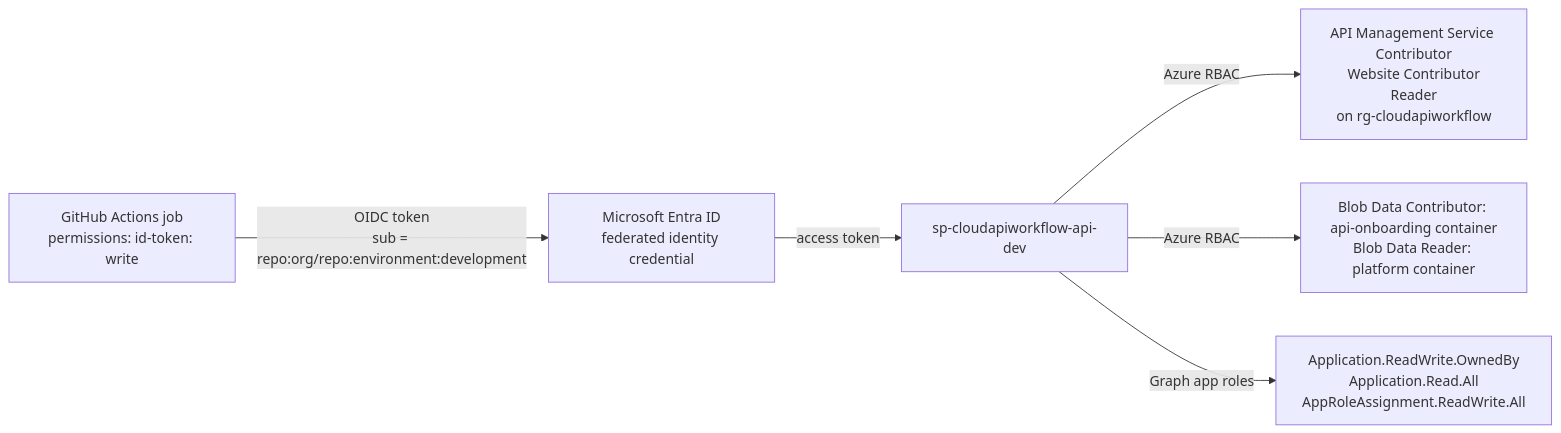
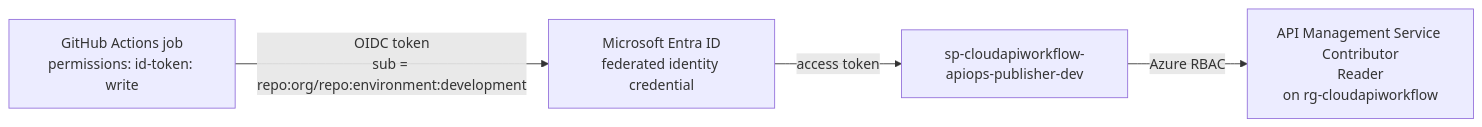
The diagram in docs/security.md (sampleworthy/cloudapiworkflow), drawn with Mermaid before and after one commit. The commit also changed other lines of this file and 127 other files, not shown here.

First line of the commit message:
Adopt Microsoft APIOps for the API lifecycle; Terraform owns the platform only

````diff
--- a/docs/security.md
+++ b/docs/security.md
@@ -5,8 +5,6 @@
 ```mermaid
 flowchart LR
     GH["GitHub Actions job<br/>permissions: id-token: write"] -->|OIDC token<br/>sub = repo:org/repo:environment:development| E["Microsoft Entra ID<br/>federated identity credential"]
-    E -->|access token| SP["sp-cloudapiworkflow-api-dev"]
-    SP -->|Azure RBAC| AZ["API Management Service Contributor<br/>Website Contributor<br/>Reader<br/>on rg-cloudapiworkflow"]
-    SP -->|Azure RBAC| ST["Blob Data Contributor: api-onboarding container<br/>Blob Data Reader: platform container"]
-    SP -->|Graph app roles| GR["Application.ReadWrite.OwnedBy<br/>Application.Read.All<br/>AppRoleAssignment.ReadWrite.All"]
+    E -->|access token| SP["sp-cloudapiworkflow-apiops-publisher-dev"]
+    SP -->|Azure RBAC| AZ["API Management Service Contributor<br/>Reader<br/>on rg-cloudapiworkflow"]
 ```
````
